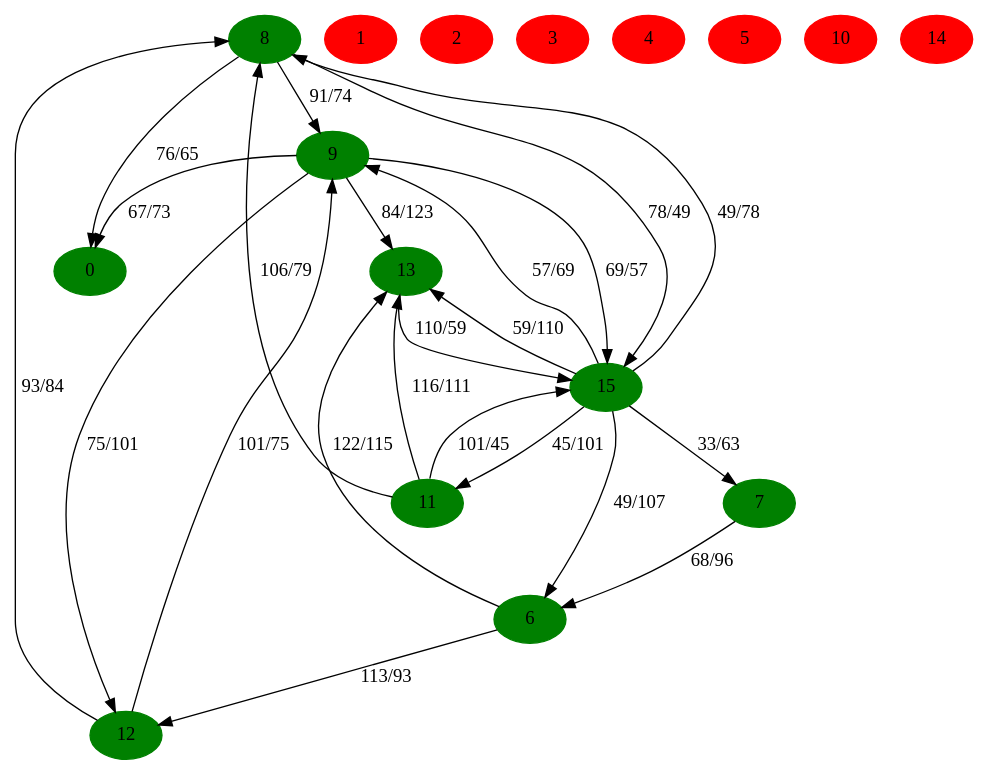
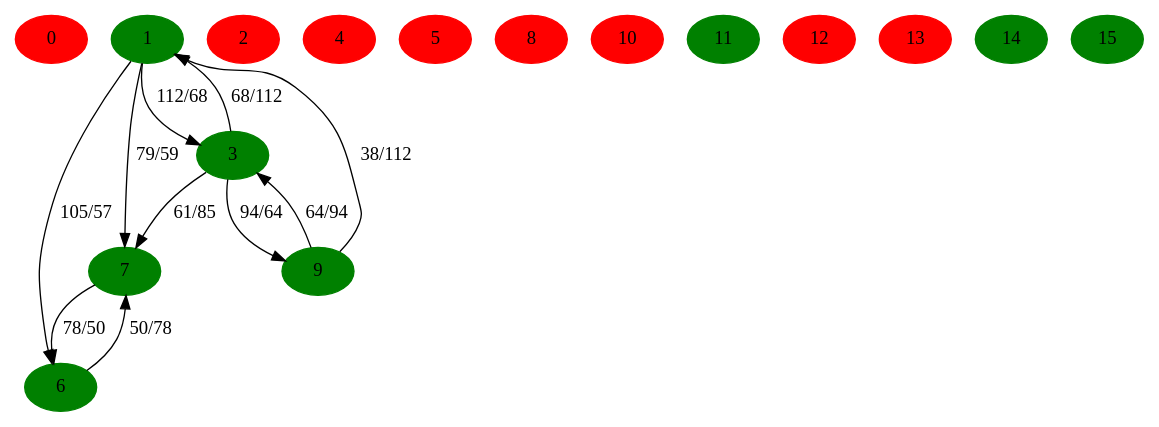
Before and after one commit to Akulen/SimulationTIPE: the diagram in Dot/plop.dot, drawn with Graphviz. The commit also changed 7 other files, not shown here.

```diff
--- a/Dot/plop.dot
+++ b/Dot/plop.dot
@@ -1,40 +1,28 @@
 digraph {
-	0[color=green; style=filled];
-	1[color=red; style=filled];
+	0[color=red; style=filled];
+	1[color=green; style=filled];
+	1 -> 3 [label="112/68"];
+	1 -> 6 [label="105/57"];
+	1 -> 7 [label="79/59"];
 	2[color=red; style=filled];
-	3[color=red; style=filled];
+	3[color=green; style=filled];
+	3 -> 1 [label="68/112"];
+	3 -> 7 [label="61/85"];
+	3 -> 9 [label="94/64"];
 	4[color=red; style=filled];
 	5[color=red; style=filled];
 	6[color=green; style=filled];
-	6 -> 12 [label="113/93"];
-	6 -> 13 [label="122/115"];
+	6 -> 7 [label="50/78"];
 	7[color=green; style=filled];
-	7 -> 6 [label="68/96"];
-	8[color=green; style=filled];
-	8 -> 0 [label="76/65"];
-	8 -> 9 [label="91/74"];
-	8 -> 15 [label="78/49"];
+	7 -> 6 [label="78/50"];
+	8[color=red; style=filled];
 	9[color=green; style=filled];
-	9 -> 0 [label="67/73"];
-	9 -> 12 [label="75/101"];
-	9 -> 13 [label="84/123"];
-	9 -> 15 [label="69/57"];
+	9 -> 1 [label="38/112"];
+	9 -> 3 [label="64/94"];
 	10[color=red; style=filled];
 	11[color=green; style=filled];
-	11 -> 8 [label="106/79"];
-	11 -> 13 [label="116/111"];
-	11 -> 15 [label="101/45"];
-	12[color=green; style=filled];
-	12 -> 8 [label="93/84"];
-	12 -> 9 [label="101/75"];
-	13[color=green; style=filled];
-	13 -> 15 [label="110/59"];
-	14[color=red; style=filled];
+	12[color=red; style=filled];
+	13[color=red; style=filled];
+	14[color=green; style=filled];
 	15[color=green; style=filled];
-	15 -> 6 [label="49/107"];
-	15 -> 7 [label="33/63"];
-	15 -> 8 [label="49/78"];
-	15 -> 9 [label="57/69"];
-	15 -> 11 [label="45/101"];
-	15 -> 13 [label="59/110"];
 }
```
